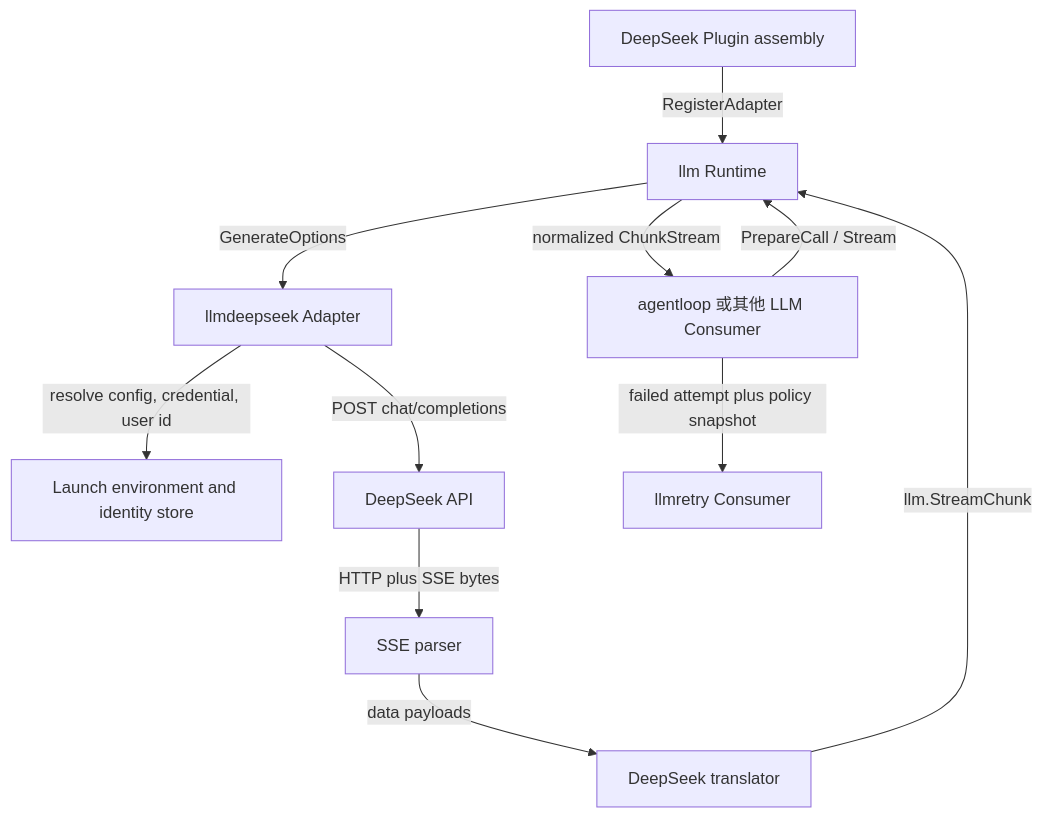
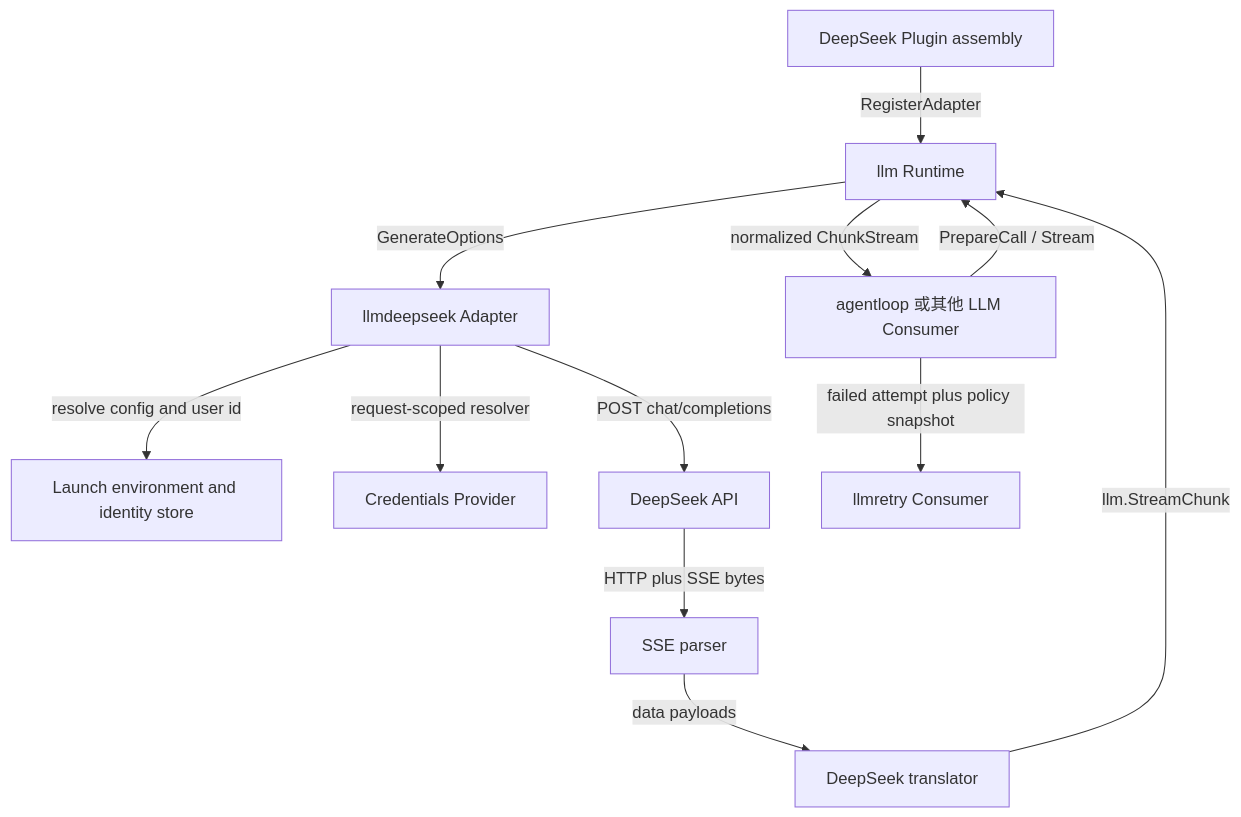
The first of 4 diagrams in internal/llmdeepseek/README.zh-CN.md (gorenx/goren), drawn with Mermaid before and after one commit. The commit also changed other lines of this file and 15 other files, not shown here.

Commit message:
docs: define credentials ownership and flow

````diff
--- a/internal/llmdeepseek/README.zh-CN.md
+++ b/internal/llmdeepseek/README.zh-CN.md
@@ -68,13 +68,14 @@
 ```mermaid
 flowchart TD
     Assembly[DeepSeek Plugin assembly] -->|RegisterAdapter| Runtime[llm Runtime]
     Agent[agentloop 或其他 LLM Consumer] -->|PrepareCall / Stream| Runtime
     Runtime -->|GenerateOptions| Adapter[llmdeepseek Adapter]
-    Adapter -->|resolve config, credential, user id| Inputs[Launch environment and identity store]
+    Adapter -->|resolve config and user id| Inputs[Launch environment and identity store]
+    Adapter -->|request-scoped resolver| Credentials[Credentials Provider]
     Adapter -->|POST chat/completions| API[DeepSeek API]
     API -->|HTTP plus SSE bytes| Parser[SSE parser]
     Parser -->|data payloads| Translator[DeepSeek translator]
     Translator -->|llm.StreamChunk| Runtime
     Runtime -->|normalized ChunkStream| Agent
     Agent -->|failed attempt plus policy snapshot| Retry[llmretry Consumer]
 ```
````
